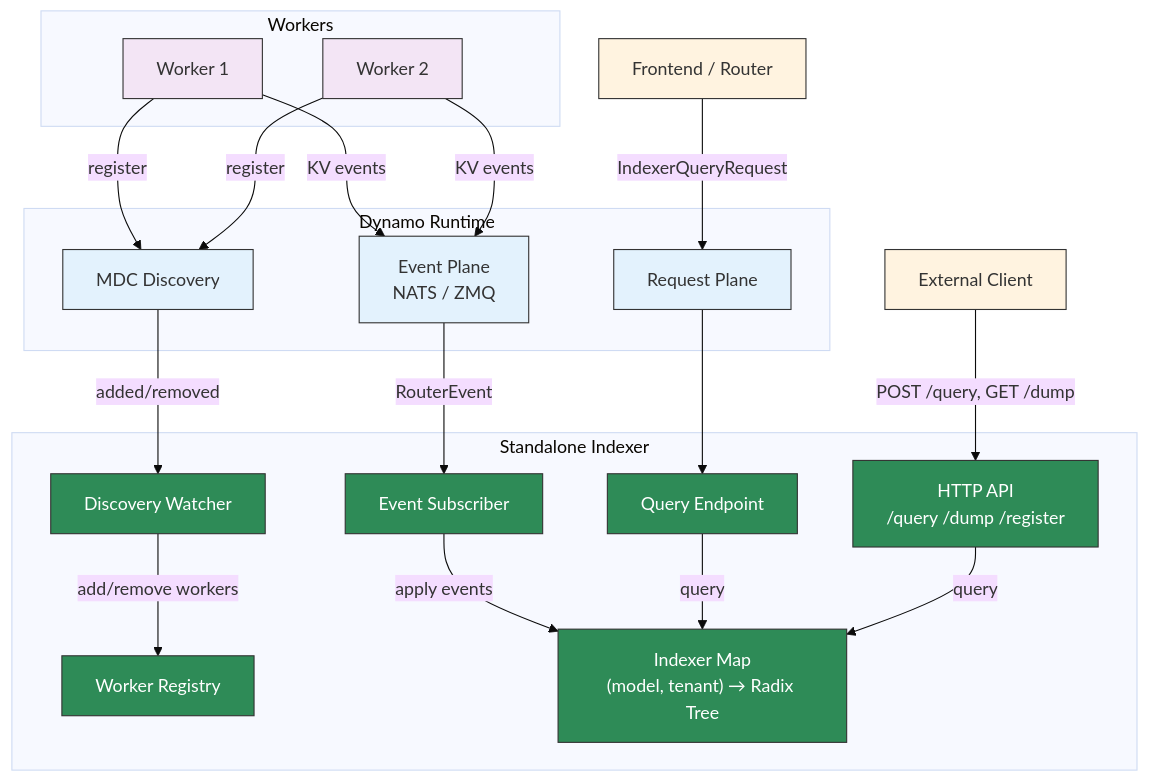
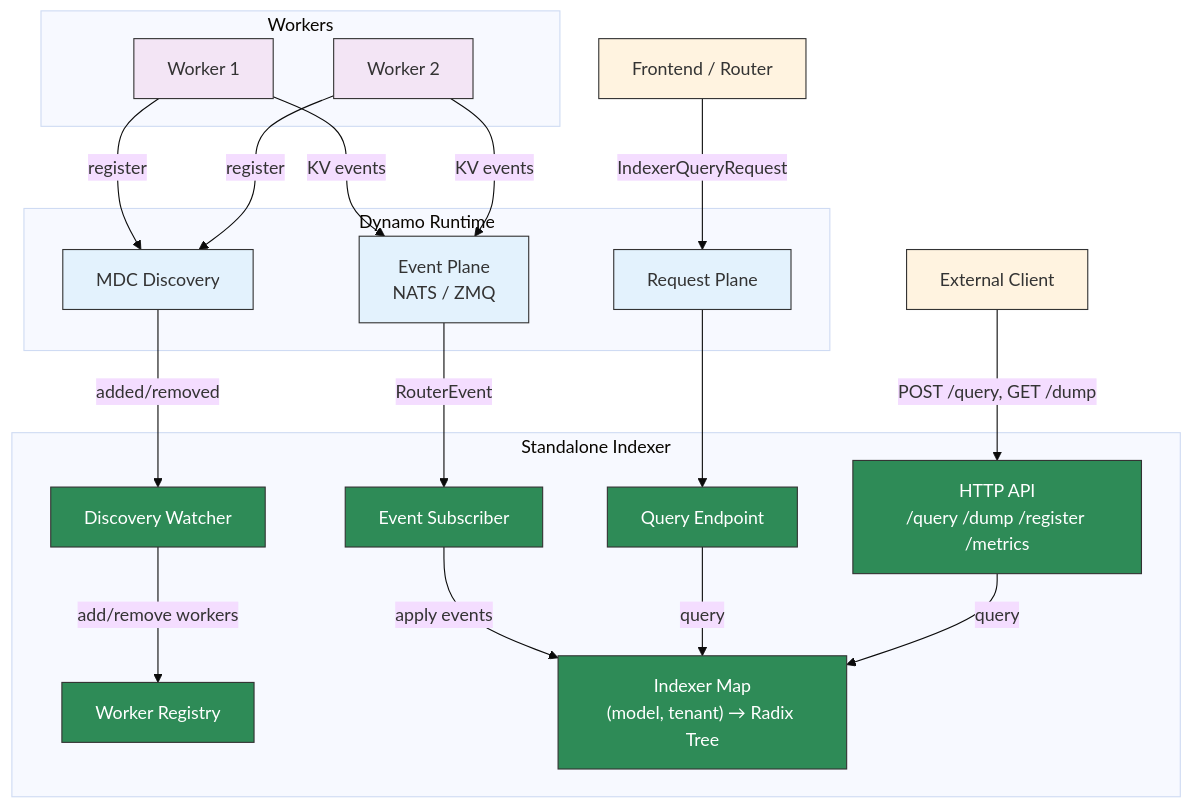
One commit to ai-dynamo/dynamo changed the second of 3 diagrams in fern/pages-dev/components/router/standalone-indexer.md. Above: the diagram before and after it, drawn with Mermaid (base theme). The commit also changed other lines of this file, not shown here.

````diff
--- a/fern/pages-dev/components/router/standalone-indexer.md
+++ b/fern/pages-dev/components/router/standalone-indexer.md
@@ -437,53 +466,53 @@
 ```mermaid
 graph TD
     subgraph Workers
         W1[Worker 1]
         W2[Worker 2]
     end
 
     subgraph "Dynamo Runtime"
         MDC[MDC Discovery]
         EP[Event Plane<br/>NATS / ZMQ]
         RP[Request Plane]
     end
 
     subgraph "Standalone Indexer"
         DISC[Discovery Watcher]
         SUB[Event Subscriber]
         REG[Worker Registry]
         IDX["Indexer Map<br/>(model, tenant) → Radix Tree"]
         QE[Query Endpoint]
-        HTTP[HTTP API<br/>/query /dump /register]
+        HTTP[HTTP API<br/>/query /dump /register /metrics]
     end
 
     FRONTEND[Frontend / Router]
     CLIENT[External Client]
 
     W1 -->|register| MDC
     W2 -->|register| MDC
     MDC -->|added/removed| DISC
     DISC -->|add/remove workers| REG
     W1 -->|KV events| EP
     W2 -->|KV events| EP
     EP -->|RouterEvent| SUB
     SUB -->|apply events| IDX
     FRONTEND -->|IndexerQueryRequest| RP
     RP --> QE
     QE -->|query| IDX
     CLIENT -->|POST /query, GET /dump| HTTP
     HTTP -->|query| IDX
 
     style W1 fill:#f3e5f5,stroke:#333,color:#333
     style W2 fill:#f3e5f5,stroke:#333,color:#333
     style MDC fill:#e3f2fd,stroke:#333,color:#333
     style EP fill:#e3f2fd,stroke:#333,color:#333
     style RP fill:#e3f2fd,stroke:#333,color:#333
     style IDX fill:#2e8b57,stroke:#333,color:#fff
     style SUB fill:#2e8b57,stroke:#333,color:#fff
     style DISC fill:#2e8b57,stroke:#333,color:#fff
     style REG fill:#2e8b57,stroke:#333,color:#fff
     style QE fill:#2e8b57,stroke:#333,color:#fff
     style HTTP fill:#2e8b57,stroke:#333,color:#fff
     style FRONTEND fill:#fff3e0,stroke:#333,color:#333
     style CLIENT fill:#fff3e0,stroke:#333,color:#333
 ```
````
